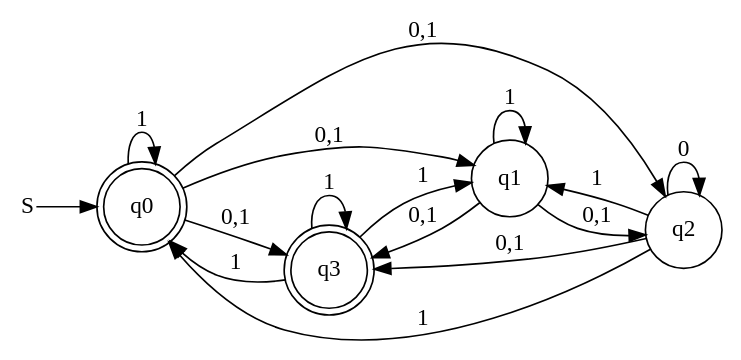
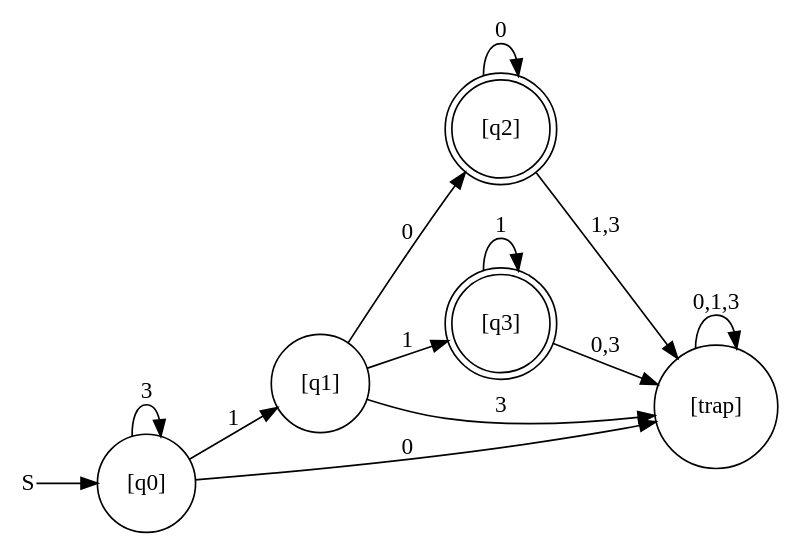
The diagram in out.dot (Goodhao/automaton), drawn with Graphviz before and after one commit. The commit also changed 28 other files, not shown here.

```diff
--- a/out.dot
+++ b/out.dot
@@ -1,23 +1,20 @@
 digraph cinite_state_machine {
 rankdir=LR;
 size="50,50"
-node [shape = doublecircle]; q0 q3 ;
-node [shape = circle]; q0;
+node [shape = doublecircle]; "[q2]" "[q3]" ;
+node [shape = circle]; "[q0]";
 node [shape = plain]; "S";
-"S" -> q0;
+"S" -> "[q0]";
 node [shape = circle];
-q0 -> q0 [label = "1"];
-q0 -> q1 [label = "0,1"];
-q0 -> q2 [label = "0,1"];
-q0 -> q3 [label = "0,1"];
-q1 -> q1 [label = "1"];
-q1 -> q2 [label = "0,1"];
-q1 -> q3 [label = "0,1"];
-q2 -> q0 [label = "1"];
-q2 -> q1 [label = "1"];
-q2 -> q2 [label = "0"];
-q2 -> q3 [label = "0,1"];
-q3 -> q0 [label = "1"];
-q3 -> q1 [label = "1"];
-q3 -> q3 [label = "1"];
+"[q0]" -> "[q0]" [label = "3"];
+"[q0]" -> "[q1]" [label = "1"];
+"[q0]" -> "[trap]" [label = "0"];
+"[q1]" -> "[q2]" [label = "0"];
+"[q1]" -> "[q3]" [label = "1"];
+"[q1]" -> "[trap]" [label = "3"];
+"[q2]" -> "[q2]" [label = "0"];
+"[q2]" -> "[trap]" [label = "1,3"];
+"[q3]" -> "[q3]" [label = "1"];
+"[q3]" -> "[trap]" [label = "0,3"];
+"[trap]" -> "[trap]" [label = "0,1,3"];
 }
```
